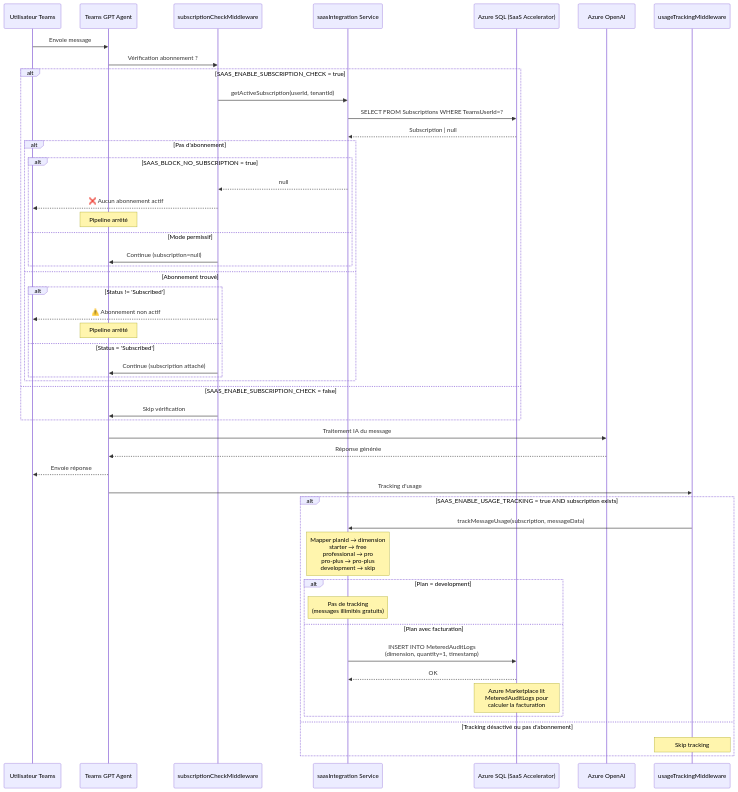
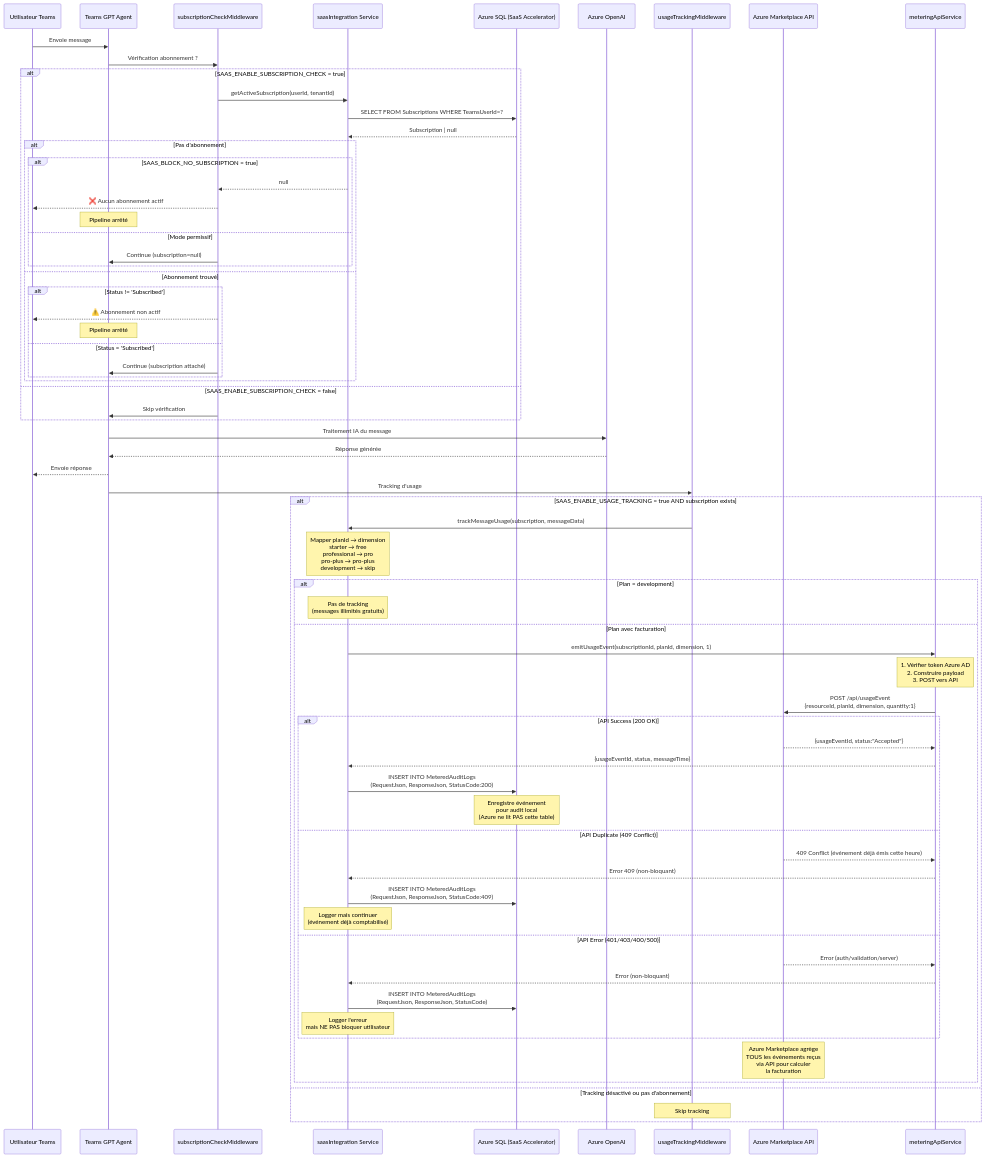
The diagram in doc/phase2/ARCHITECTURE.md (michel-heon/teams-gpt-saas-acc), drawn with Mermaid before and after one commit. The commit also changed other lines of this file and 7 other files, not shown here.

First line of the commit message:
feat(phase2.5): Implement Azure Marketplace Metering Service API integration

```diff
--- a/doc/phase2/ARCHITECTURE.md
+++ b/doc/phase2/ARCHITECTURE.md
@@ -99,6 +391,8 @@
     participant DB as Azure SQL (SaaS Accelerator)
     participant OpenAI as Azure OpenAI
     participant Usage as usageTrackingMiddleware
+    participant MktAPI as Azure Marketplace API
+    participant Metering as meteringApiService
 
     User->>App: Envoie message
     App->>SubCheck: Vérification abonnement ?
@@ -142,9 +436,36 @@
         alt Plan = development
             Note over SaaS: Pas de tracking<br/>(messages illimités gratuits)
         else Plan avec facturation
-            SaaS->>DB: INSERT INTO MeteredAuditLogs<br/>(dimension, quantity=1, timestamp)
-            DB-->>SaaS: OK
-            Note over DB: Azure Marketplace lit<br/>MeteredAuditLogs pour<br/>calculer la facturation
+            SaaS->>Metering: emitUsageEvent(subscriptionId, planId, dimension, 1)
+            
+            Note over Metering: 1. Vérifier token Azure AD<br/>2. Construire payload<br/>3. POST vers API
+            
+            Metering->>MktAPI: POST /api/usageEvent<br/>{resourceId, planId, dimension, quantity:1}
+            
+            alt API Success (200 OK)
+                MktAPI-->>Metering: {usageEventId, status:"Accepted"}
+                Metering-->>SaaS: {usageEventId, status, messageTime}
+                
+                SaaS->>DB: INSERT INTO MeteredAuditLogs<br/>(RequestJson, ResponseJson, StatusCode:200)
+                Note over DB: Enregistre événement<br/>pour audit local<br/>(Azure ne lit PAS cette table)
+                
+            else API Duplicate (409 Conflict)
+                MktAPI-->>Metering: 409 Conflict (événement déjà émis cette heure)
+                Metering-->>SaaS: Error 409 (non-bloquant)
+                
+                SaaS->>DB: INSERT INTO MeteredAuditLogs<br/>(RequestJson, ResponseJson, StatusCode:409)
+                Note over SaaS: Logger mais continuer<br/>(événement déjà comptabilisé)
+                
+            else API Error (401/403/400/500)
+                MktAPI-->>Metering: Error (auth/validation/server)
+                Metering-->>SaaS: Error (non-bloquant)
+                
+                SaaS->>DB: INSERT INTO MeteredAuditLogs<br/>(RequestJson, ResponseJson, StatusCode)
+                Note over SaaS: Logger l'erreur<br/>mais NE PAS bloquer utilisateur
+            end
+            
+            Note over MktAPI: Azure Marketplace agrège<br/>TOUS les événements reçus<br/>via API pour calculer<br/>la facturation
+            
         end
     else Tracking désactivé ou pas d'abonnement
         Note over Usage: Skip tracking
```
